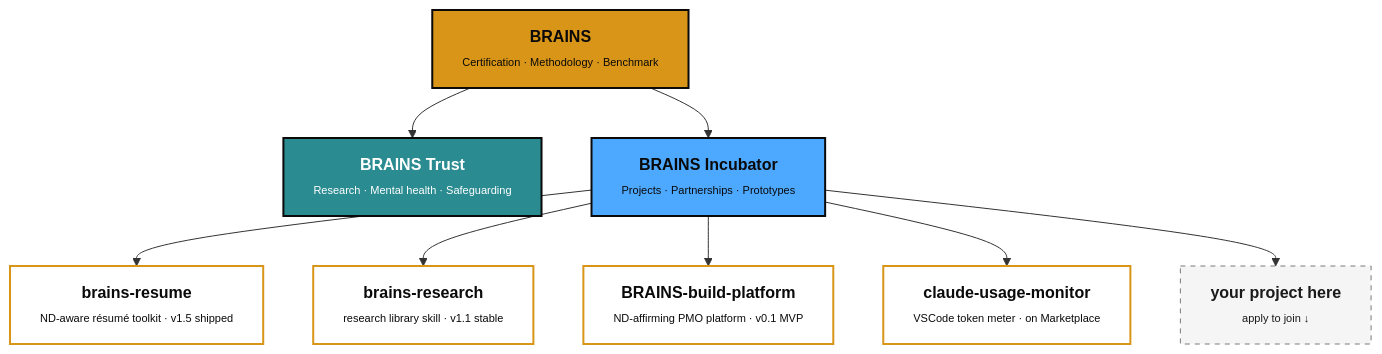
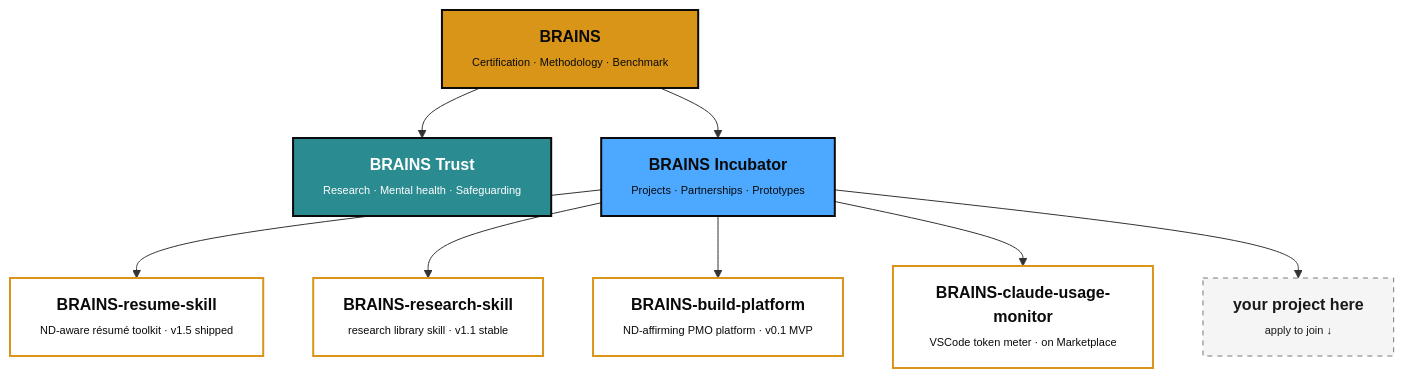
The diagram in profile/README.md (shard-BRAINS/.github), drawn with Mermaid before and after one commit. The commit also changed other lines of this file, not shown here.

Commit message:
docs(profile): match Live projects names exactly to repo names (uppercase BRAINS- prefix)

````diff
--- a/profile/README.md
+++ b/profile/README.md
@@ -40,23 +40,23 @@
 ```mermaid
 flowchart TD
     P["<b>BRAINS</b><br/><span style='font-size:11px'>Certification · Methodology · Benchmark</span>"]:::parent
     T["<b>BRAINS Trust</b><br/><span style='font-size:11px'>Research · Mental health · Safeguarding</span>"]:::trust
     I["<b>BRAINS Incubator</b><br/><span style='font-size:11px'>Projects · Partnerships · Prototypes</span>"]:::incubator
-    R["<b>brains-resume</b><br/><span style='font-size:11px'>ND-aware résumé toolkit · v1.5 shipped</span>"]:::live
-    RS["<b>brains-research</b><br/><span style='font-size:11px'>research library skill · v1.1 stable</span>"]:::live
+    R["<b>BRAINS-resume-skill</b><br/><span style='font-size:11px'>ND-aware résumé toolkit · v1.5 shipped</span>"]:::live
+    RS["<b>BRAINS-research-skill</b><br/><span style='font-size:11px'>research library skill · v1.1 stable</span>"]:::live
     B["<b>BRAINS-build-platform</b><br/><span style='font-size:11px'>ND-affirming PMO platform · v0.1 MVP</span>"]:::live
-    CM["<b>claude-usage-monitor</b><br/><span style='font-size:11px'>VSCode token meter · on Marketplace</span>"]:::live
+    CM["<b>BRAINS-claude-usage-monitor</b><br/><span style='font-size:11px'>VSCode token meter · on Marketplace</span>"]:::live
     M["<b>your project here</b><br/><span style='font-size:11px'>apply to join ↓</span>"]:::open
     P --> T
     P --> I
     I --> R
     I --> RS
     I --> B
     I --> CM
     I --> M
     classDef parent fill:#D99518,stroke:#0A0A0A,stroke-width:2px,color:#0A0A0A
     classDef trust fill:#2A8B91,stroke:#0A0A0A,stroke-width:2px,color:#FFFFFF
     classDef incubator fill:#4DA8FF,stroke:#0A0A0A,stroke-width:2px,color:#0A0A0A
     classDef live fill:#FFFFFF,stroke:#D99518,stroke-width:2px,color:#0A0A0A
     classDef open fill:#F5F5F5,stroke:#7A7A7A,stroke-width:1px,stroke-dasharray:5 5,color:#1A1A1A
 ```
````
